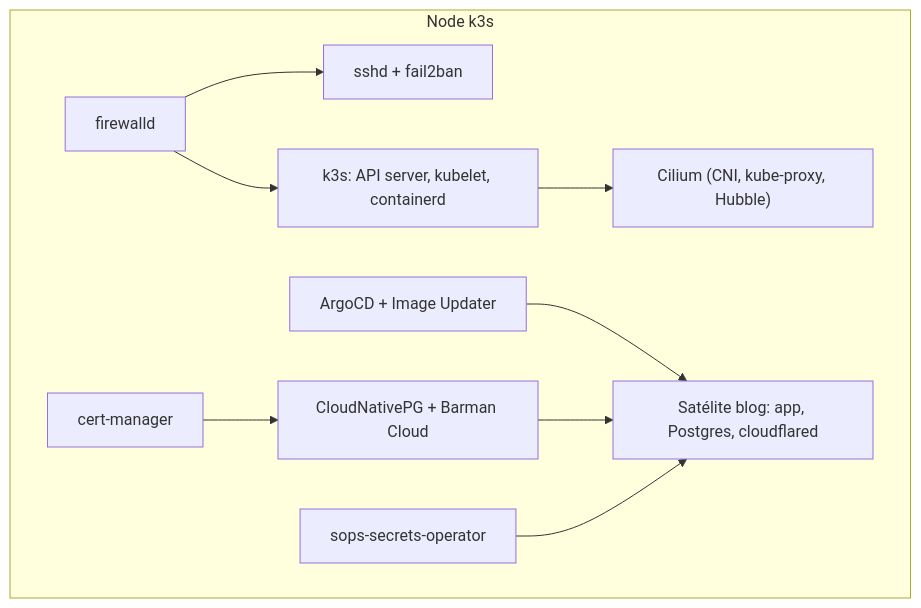
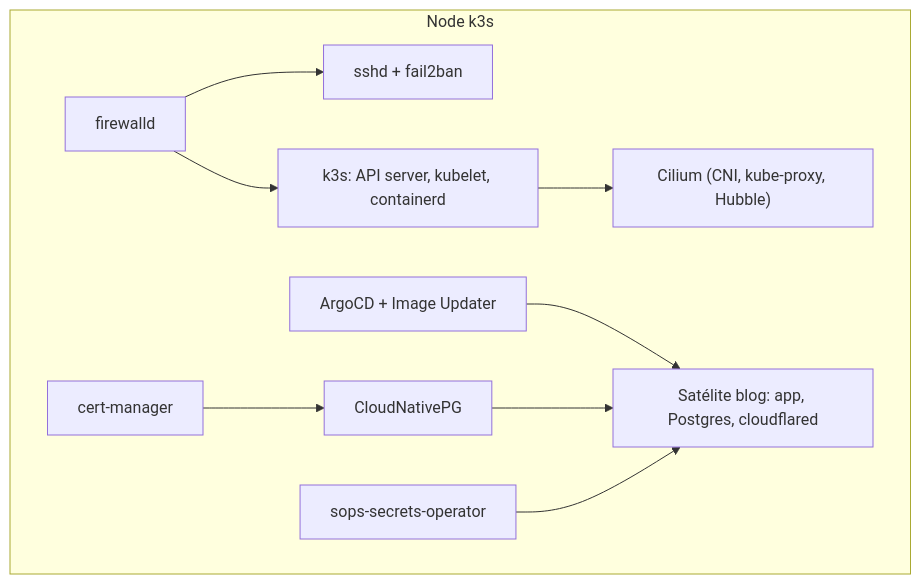
One commit to guesant/hl-infrastructure changed the third of 3 diagrams in docs/arquitetura/index.md. Above: the diagram before and after it, drawn with Mermaid. The commit also changed other lines of this file and 11 other files, not shown here.

````diff
--- a/docs/arquitetura/index.md
+++ b/docs/arquitetura/index.md
@@ -45,21 +45,21 @@
 ```mermaid
 flowchart TB
     subgraph node["Node k3s"]
         sshd["sshd + fail2ban"]
         firewall["firewalld"]
         k3s["k3s: API server, kubelet, containerd"]
         cilium["Cilium (CNI, kube-proxy, Hubble)"]
         argocd["ArgoCD + Image Updater"]
         certmanager["cert-manager"]
-        cnpg["CloudNativePG + Barman Cloud"]
+        cnpg["CloudNativePG"]
         sops["sops-secrets-operator"]
         blog["Satélite blog: app, Postgres, cloudflared"]
     end
     firewall --> sshd
     firewall --> k3s
     k3s --> cilium
     argocd --> blog
     cnpg --> blog
     sops --> blog
     certmanager --> cnpg
 ```
````
